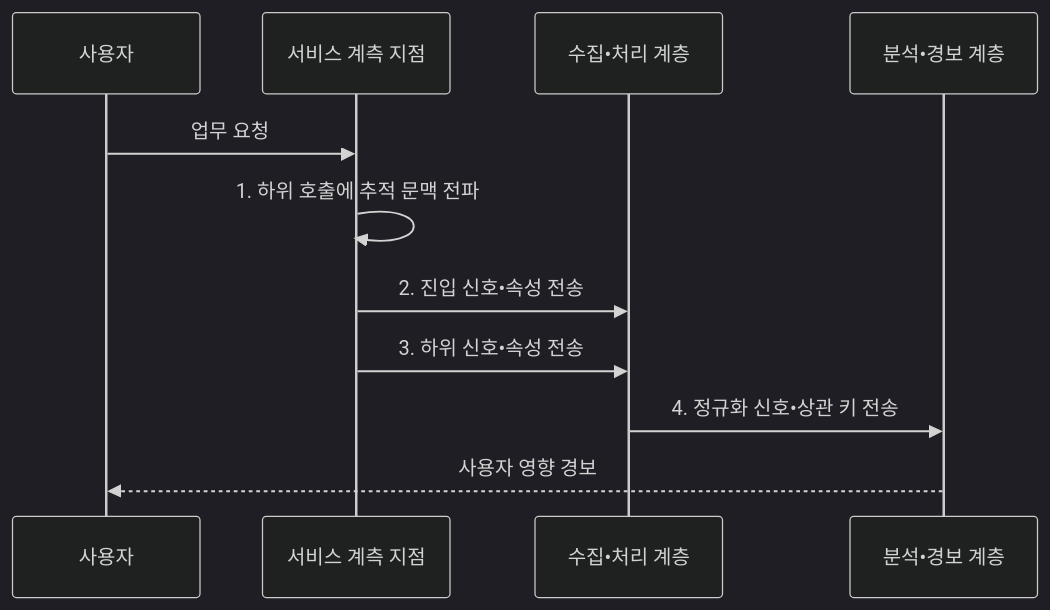
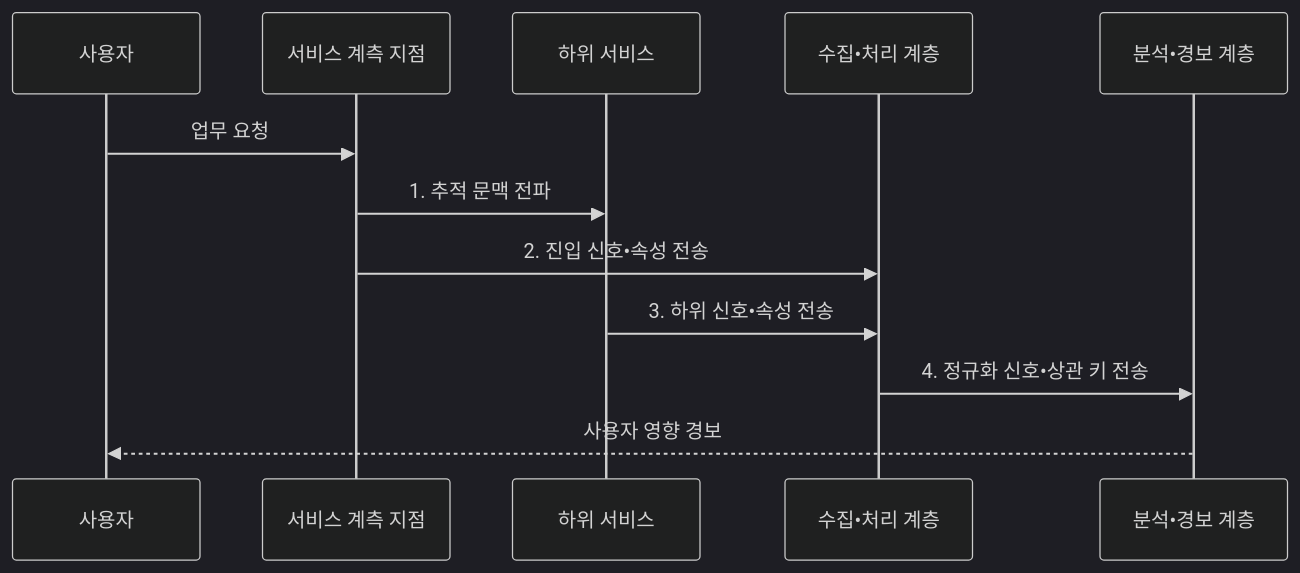
The second of 2 diagrams in src/content/docs/notes/03-software/161_cloud_native_observability.md (agnusdei1207/knowledge-base), drawn with Mermaid (dark theme) before and after one commit. The commit also changed other lines of this file and 8 other files, not shown here.

````diff
--- a/src/content/docs/notes/03-software/161_cloud_native_observability.md
+++ b/src/content/docs/notes/03-software/161_cloud_native_observability.md
@@ -111,13 +111,14 @@
 ```mermaid
 sequenceDiagram
     participant U as 사용자
     participant A as 서비스 계측 지점
+    participant D as 하위 서비스
     participant C as 수집•처리 계층
     participant S as 분석•경보 계층
     U->>A: 업무 요청
-    A->>A: 1. 하위 호출에 추적 문맥 전파
+    A->>D: 1. 추적 문맥 전파
     A->>C: 2. 진입 신호•속성 전송
-    A->>C: 3. 하위 신호•속성 전송
+    D->>C: 3. 하위 신호•속성 전송
     C->>S: 4. 정규화 신호•상관 키 전송
     S-->>U: 사용자 영향 경보
 ```
````
